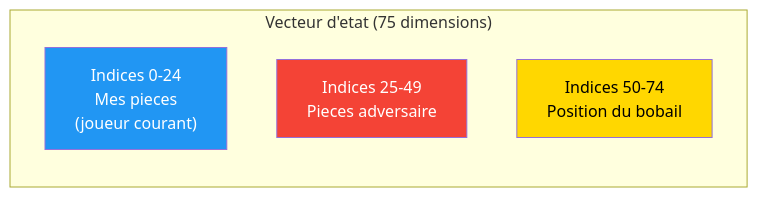
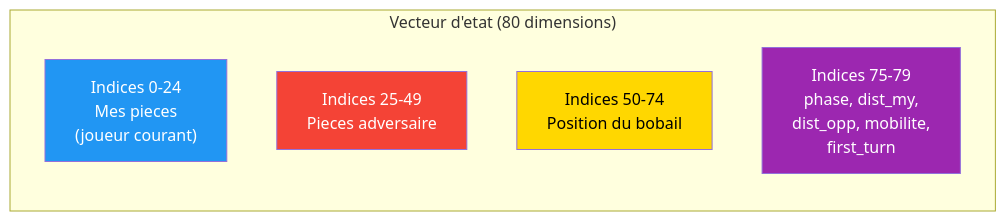
The fourth of 5 diagrams in docs/gameplay/bobail.md (brandthn/reinforcement-learning-gameplay-esgi), drawn with Mermaid before and after one commit. The commit also changed other lines of this file and 429 other files, not shown here.

````diff
--- a/docs/gameplay/bobail.md
+++ b/docs/gameplay/bobail.md
@@ -175,12 +175,14 @@
 ```mermaid
 graph LR
-    subgraph "Vecteur d'etat (75 dimensions)"
+    subgraph "Vecteur d'etat (80 dimensions)"
         A["Indices 0-24<br/>Mes pieces<br/>(joueur courant)"]
         B["Indices 25-49<br/>Pieces adversaire"]
         C["Indices 50-74<br/>Position du bobail"]
+        D["Indices 75-79<br/>phase, dist_my,<br/>dist_opp, mobilite,<br/>first_turn"]
     end
 
     style A fill:#2196F3,color:#fff
     style B fill:#F44336,color:#fff
     style C fill:#FFD700,color:#000
+    style D fill:#9C27B0,color:#fff
 ```
````
